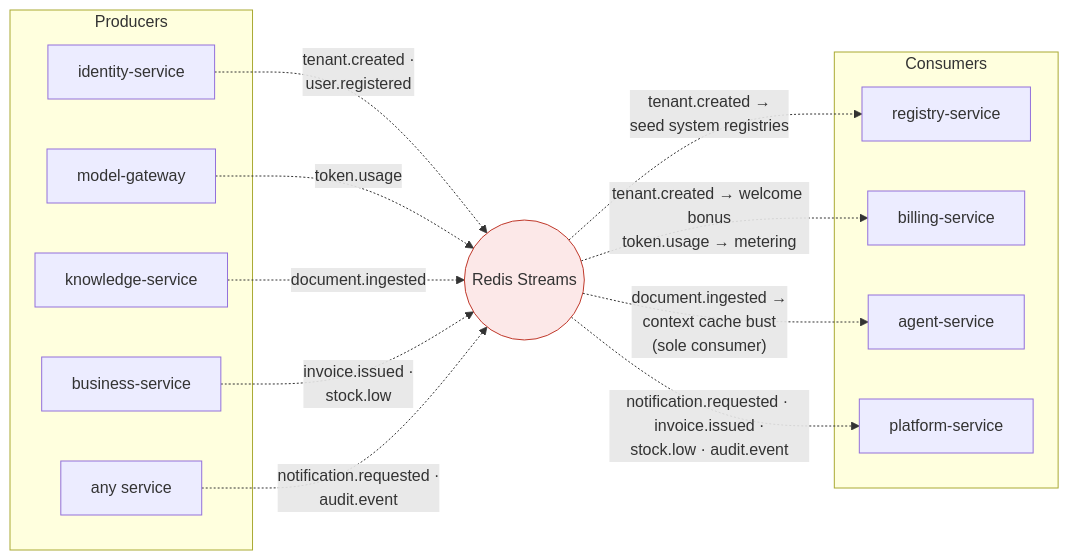
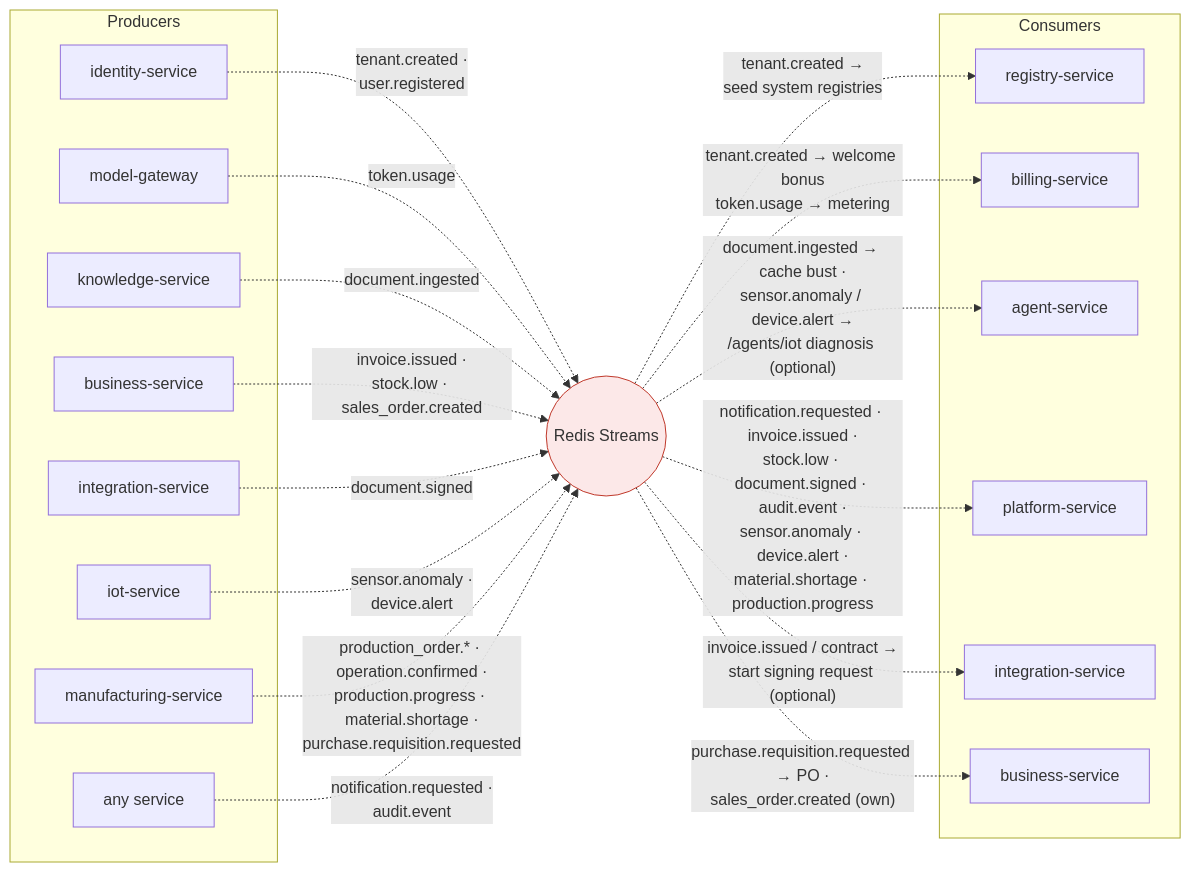
One commit to stoychev07-art/7X7-microservice changed the third of 18 diagrams in docs/07-dependency-graphs.md. Above: the diagram before and after it, drawn with Mermaid. The commit also changed other lines of this file and 65 other files, not shown here.

First line of the commit message:
Enhance architecture and service documentation

````diff
--- a/docs/07-dependency-graphs.md
+++ b/docs/07-dependency-graphs.md
@@ -196,32 +233,42 @@
 ```mermaid
 flowchart LR
     subgraph producers["Producers"]
         id["identity-service"]
         mg["model-gateway"]
         kn["knowledge-service"]
         biz["business-service"]
+        intg["integration-service"]
+        iot["iot-service"]
+        mf["manufacturing-service"]
         any["any service"]
     end
 
     bus(("Redis Streams"))
 
     subgraph consumers["Consumers"]
         reg["registry-service"]
         bill["billing-service"]
         agent["agent-service"]
         plat["platform-service"]
+        intgc["integration-service"]
+        bizc["business-service"]
     end
 
     id -.->|"tenant.created ·<br/>user.registered"| bus
     mg -.->|"token.usage"| bus
     kn -.->|"document.ingested"| bus
-    biz -.->|"invoice.issued ·<br/>stock.low"| bus
+    biz -.->|"invoice.issued ·<br/>stock.low · sales_order.created"| bus
+    intg -.->|"document.signed"| bus
+    iot -.->|"sensor.anomaly ·<br/>device.alert"| bus
+    mf -.->|"production_order.* · operation.confirmed ·<br/>production.progress · material.shortage ·<br/>purchase.requisition.requested"| bus
     any -.->|"notification.requested ·<br/>audit.event"| bus
 
     bus -.->|"tenant.created →<br/>seed system registries"| reg
     bus -.->|"tenant.created → welcome bonus<br/>token.usage → metering"| bill
-    bus -.->|"document.ingested →<br/>context cache bust<br/>(sole consumer)"| agent
-    bus -.->|"notification.requested · invoice.issued ·<br/>stock.low · audit.event"| plat
+    bus -.->|"document.ingested → cache bust ·<br/>sensor.anomaly / device.alert →<br/>/agents/iot diagnosis (optional)"| agent
+    bus -.->|"notification.requested · invoice.issued ·<br/>stock.low · document.signed · audit.event ·<br/>sensor.anomaly · device.alert ·<br/>material.shortage · production.progress"| plat
+    bus -.->|"invoice.issued / contract →<br/>start signing request (optional)"| intgc
+    bus -.->|"purchase.requisition.requested → PO ·<br/>sales_order.created (own)"| bizc
 
     style bus fill:#fce8e8,stroke:#c0392b
 ```
````
